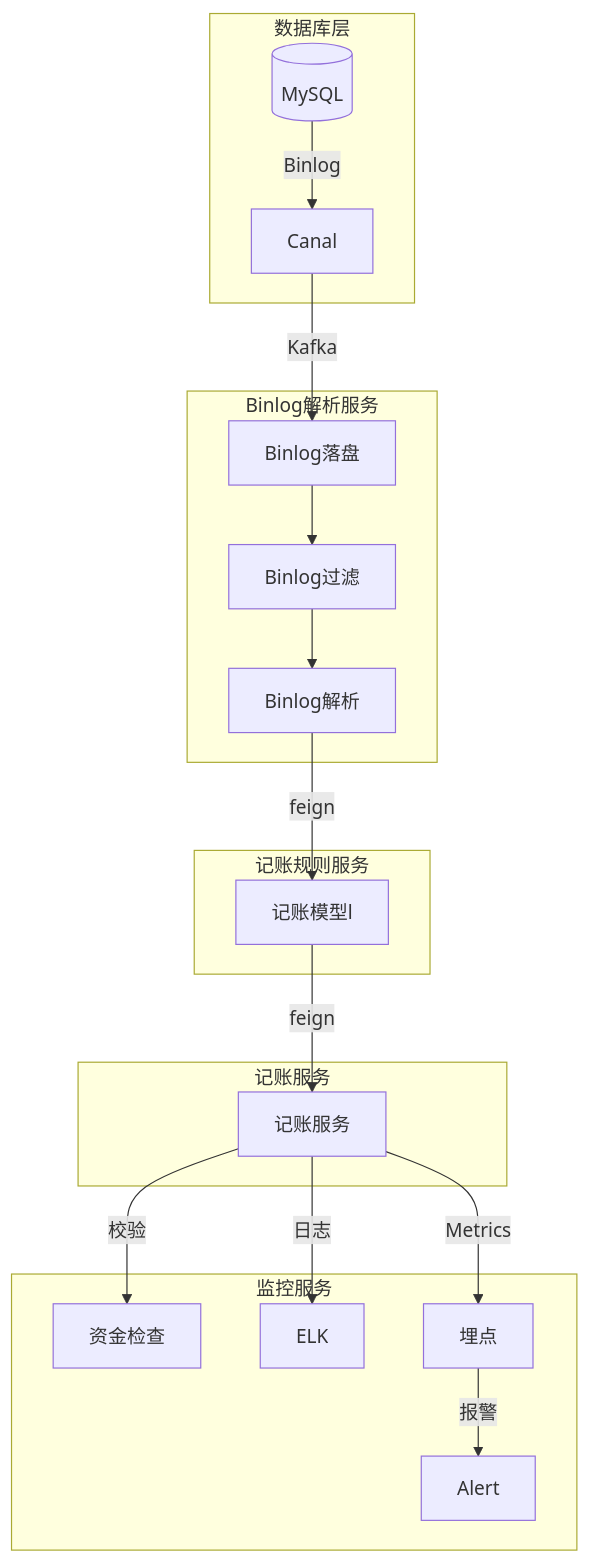
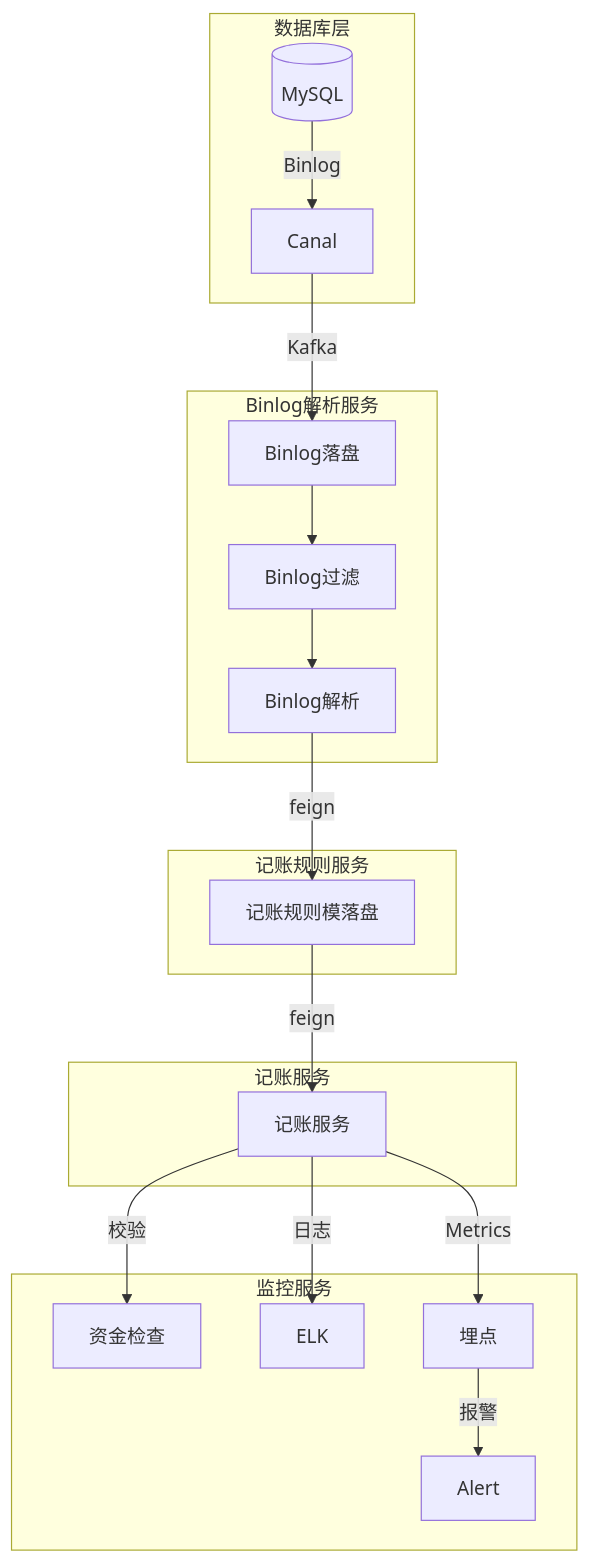
One commit to 87828943/iodraw-files changed the diagram in all/记账架构图.md. Above: the diagram before and after it, drawn with Mermaid.

Commit message:
2025-07-07 14:45:26 update

````diff
--- a/all/记账架构图.md
+++ b/all/记账架构图.md
@@ -1,24 +1,24 @@
 ```mermaid
 graph TB
     subgraph 数据库层
         DB[(MySQL)] -->|Binlog| Canal
     end
     subgraph Binlog解析服务
         Canal -->|Kafka| Binlog[Binlog落盘]
         Binlog --> Binlog1[Binlog过滤]
         Binlog1 --> Binlog2[Binlog解析]
     end
     subgraph 记账规则服务
-        Binlog2 -->|feign| AccountingRule[记账模型l]
+        Binlog2 -->|feign| AccountingRule[记账规则模落盘]
         
     end
     subgraph 记账服务
        AccountingRule -->|feign| Accounting[记账服务]
     end
     subgraph 监控服务
         Accounting --> |校验| 资金检查
         Accounting -->|日志| ELK
         Accounting -->|Metrics| 埋点
         埋点 -->|报警| Alert
     end
 ```
````
